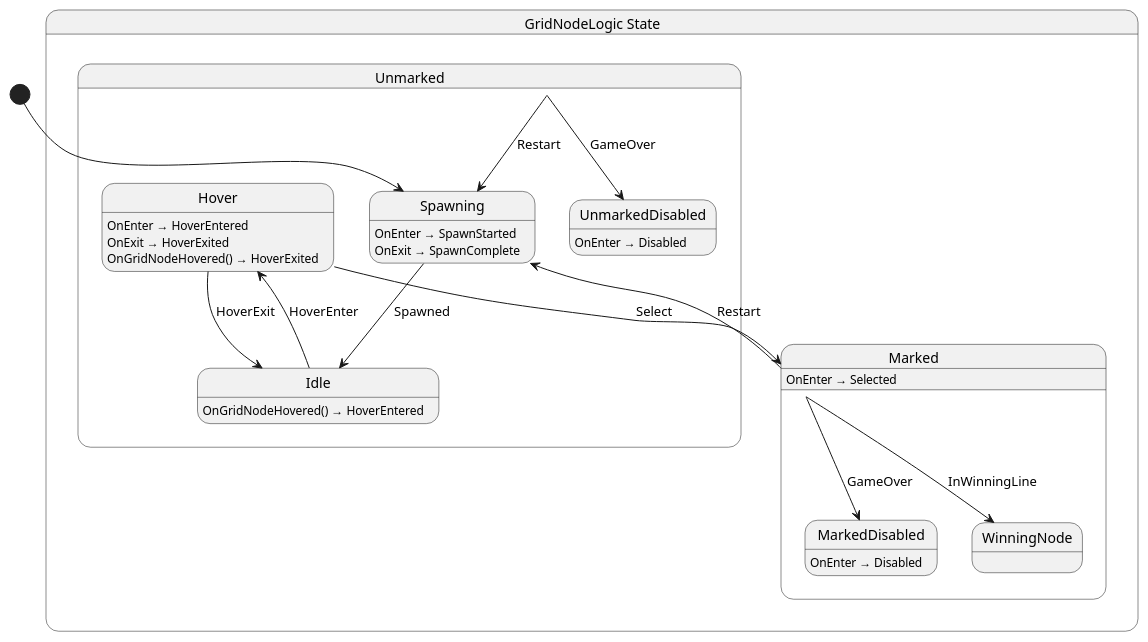
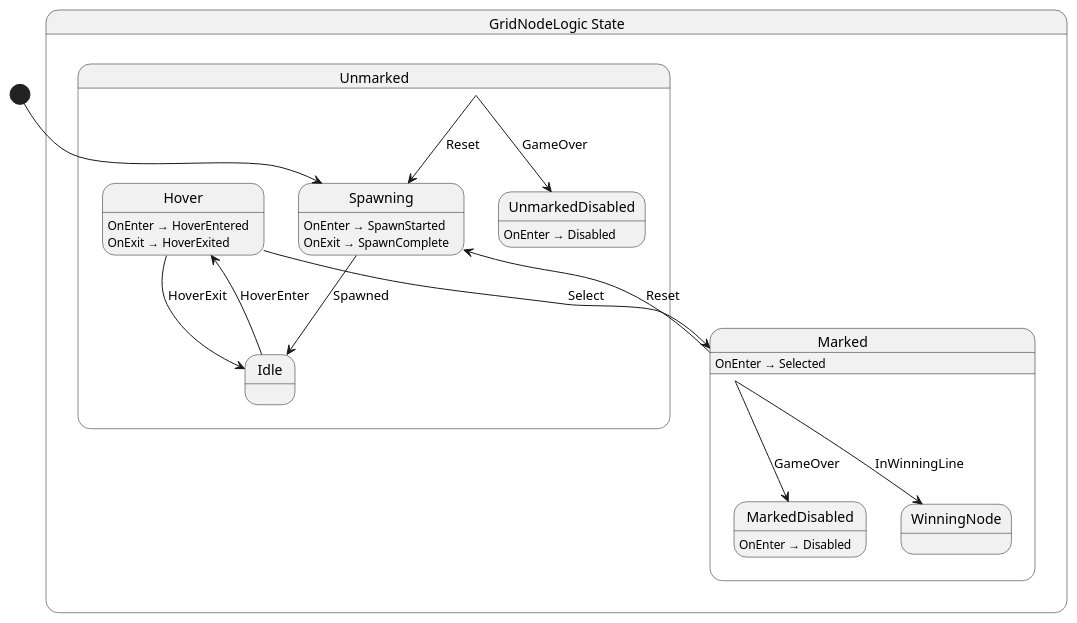
One commit to stranne/Vertex changed the diagram in src/GridNode/State/GridNodeLogic.g.puml. Above: the diagram before and after it, drawn with PlantUML. The commit also changed 12 other files, not shown here.

Commit message:
Introduce GridNodeMediator class

```diff
--- a/src/GridNode/State/GridNodeLogic.g.puml
+++ b/src/GridNode/State/GridNodeLogic.g.puml
@@ -1,36 +1,34 @@
 @startuml GridNodeLogic
 state "GridNodeLogic State" as Vertex_GridNode_State_GridNodeLogic_State {
   state "Marked" as Vertex_GridNode_State_GridNodeLogic_State_Marked {
     state "MarkedDisabled" as Vertex_GridNode_State_GridNodeLogic_State_MarkedDisabled
     state "WinningNode" as Vertex_GridNode_State_GridNodeLogic_State_WinningNode
   }
   state "Unmarked" as Vertex_GridNode_State_GridNodeLogic_State_Unmarked {
     state "UnmarkedDisabled" as Vertex_GridNode_State_GridNodeLogic_State_UnmarkedDisabled
     state "Hover" as Vertex_GridNode_State_GridNodeLogic_State_Hover
     state "Idle" as Vertex_GridNode_State_GridNodeLogic_State_Idle
     state "Spawning" as Vertex_GridNode_State_GridNodeLogic_State_Spawning
   }
 }
 
 Vertex_GridNode_State_GridNodeLogic_State_Hover --> Vertex_GridNode_State_GridNodeLogic_State_Idle : HoverExit
 Vertex_GridNode_State_GridNodeLogic_State_Hover --> Vertex_GridNode_State_GridNodeLogic_State_Marked : Select
 Vertex_GridNode_State_GridNodeLogic_State_Idle --> Vertex_GridNode_State_GridNodeLogic_State_Hover : HoverEnter
 Vertex_GridNode_State_GridNodeLogic_State_Marked --> Vertex_GridNode_State_GridNodeLogic_State_MarkedDisabled : GameOver
-Vertex_GridNode_State_GridNodeLogic_State_Marked --> Vertex_GridNode_State_GridNodeLogic_State_Spawning : Restart
+Vertex_GridNode_State_GridNodeLogic_State_Marked --> Vertex_GridNode_State_GridNodeLogic_State_Spawning : Reset
 Vertex_GridNode_State_GridNodeLogic_State_Marked --> Vertex_GridNode_State_GridNodeLogic_State_WinningNode : InWinningLine
 Vertex_GridNode_State_GridNodeLogic_State_Spawning --> Vertex_GridNode_State_GridNodeLogic_State_Idle : Spawned
-Vertex_GridNode_State_GridNodeLogic_State_Unmarked --> Vertex_GridNode_State_GridNodeLogic_State_Spawning : Restart
+Vertex_GridNode_State_GridNodeLogic_State_Unmarked --> Vertex_GridNode_State_GridNodeLogic_State_Spawning : Reset
 Vertex_GridNode_State_GridNodeLogic_State_Unmarked --> Vertex_GridNode_State_GridNodeLogic_State_UnmarkedDisabled : GameOver
 
 Vertex_GridNode_State_GridNodeLogic_State_Hover : OnEnter → HoverEntered
 Vertex_GridNode_State_GridNodeLogic_State_Hover : OnExit → HoverExited
-Vertex_GridNode_State_GridNodeLogic_State_Hover : OnGridNodeHovered() → HoverExited
-Vertex_GridNode_State_GridNodeLogic_State_Idle : OnGridNodeHovered() → HoverEntered
 Vertex_GridNode_State_GridNodeLogic_State_Marked : OnEnter → Selected
 Vertex_GridNode_State_GridNodeLogic_State_MarkedDisabled : OnEnter → Disabled
 Vertex_GridNode_State_GridNodeLogic_State_Spawning : OnEnter → SpawnStarted
 Vertex_GridNode_State_GridNodeLogic_State_Spawning : OnExit → SpawnComplete
 Vertex_GridNode_State_GridNodeLogic_State_UnmarkedDisabled : OnEnter → Disabled
 
 [*] --> Vertex_GridNode_State_GridNodeLogic_State_Spawning
 @enduml
```
